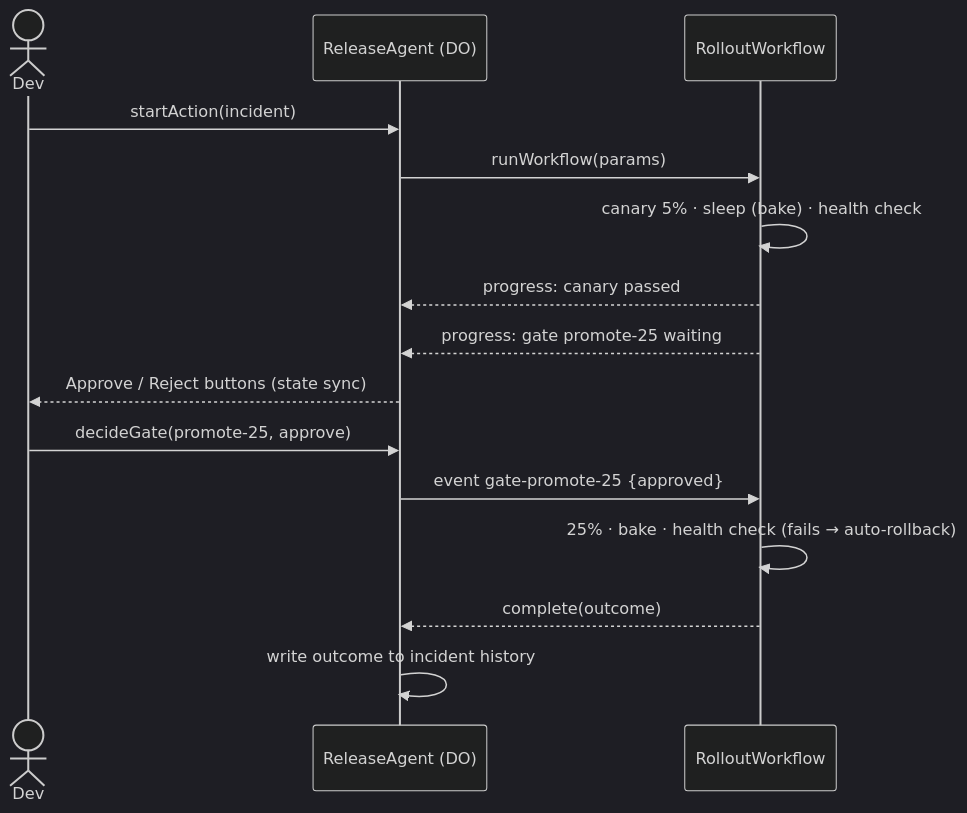
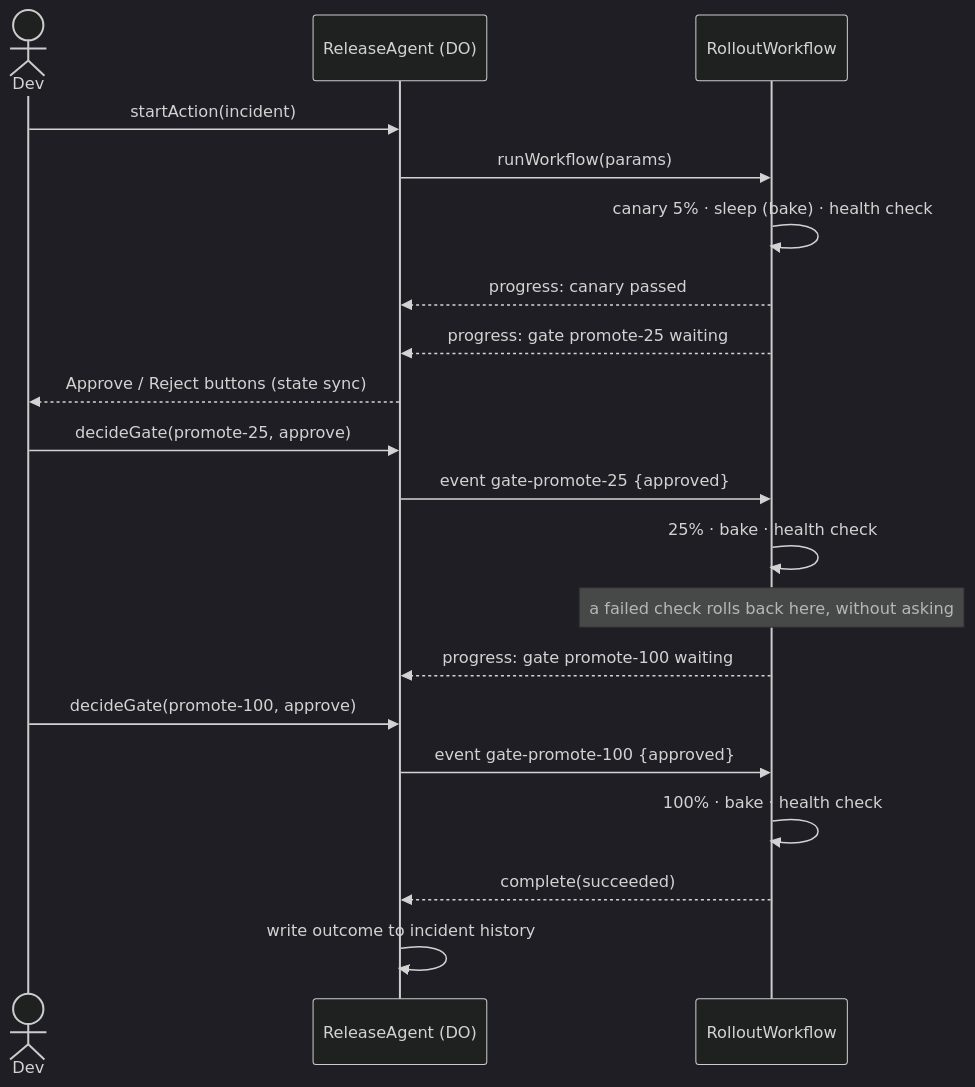
The third of 3 diagrams in README.md (mhardin/release-safety-assistant), drawn with Mermaid (dark theme) before and after one commit. The commit also changed other lines of this file and 1 other file, not shown here.

````diff
--- a/README.md
+++ b/README.md
@@ -69,17 +69,22 @@
 ```mermaid
 sequenceDiagram
   actor Dev
   participant A as ReleaseAgent (DO)
   participant W as RolloutWorkflow
   Dev->>A: startAction(incident)
   A->>W: runWorkflow(params)
   W->>W: canary 5% · sleep (bake) · health check
   W-->>A: progress: canary passed
   W-->>A: progress: gate promote-25 waiting
   A-->>Dev: Approve / Reject buttons (state sync)
   Dev->>A: decideGate(promote-25, approve)
   A->>W: event gate-promote-25 {approved}
-  W->>W: 25% · bake · health check (fails → auto-rollback)
-  W-->>A: complete(outcome)
+  W->>W: 25% · bake · health check
+  Note over W: a failed check rolls back here, without asking
+  W-->>A: progress: gate promote-100 waiting
+  Dev->>A: decideGate(promote-100, approve)
+  A->>W: event gate-promote-100 {approved}
+  W->>W: 100% · bake · health check
+  W-->>A: complete(succeeded)
   A->>A: write outcome to incident history
 ```
````
